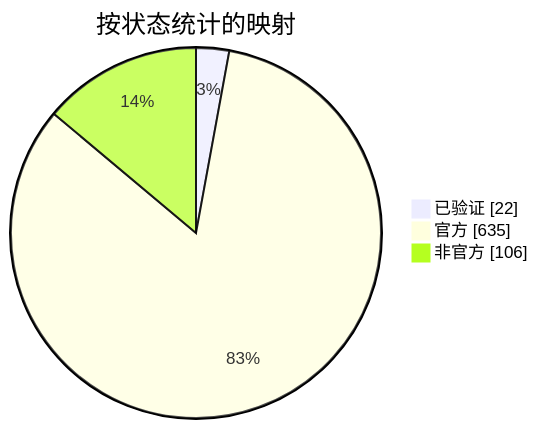
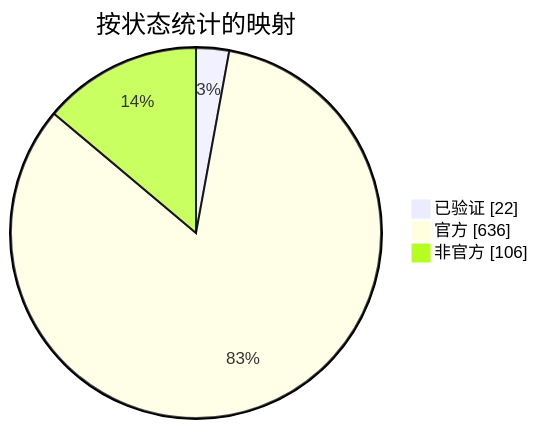
The diagram in docs/readme/README_ZHS.md (nobrega8/mbmap-library), drawn with Mermaid before and after one commit. The commit also changed 6 other files, not shown here.

````diff
--- a/docs/readme/README_ZHS.md
+++ b/docs/readme/README_ZHS.md
@@ -54,7 +54,7 @@
 ```mermaid
 pie showData
     title 按状态统计的映射
     "已验证" : 22
-    "官方" : 635
+    "官方" : 636
     "非官方" : 106
 ```
````
